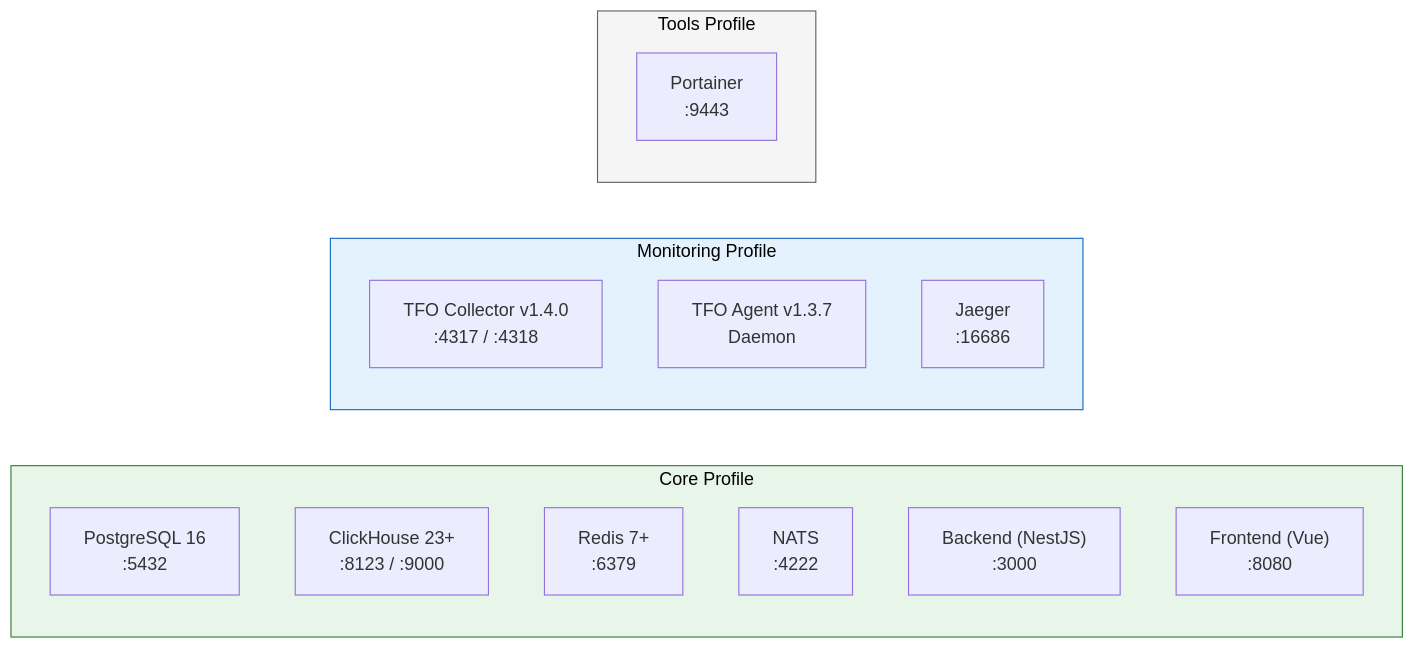
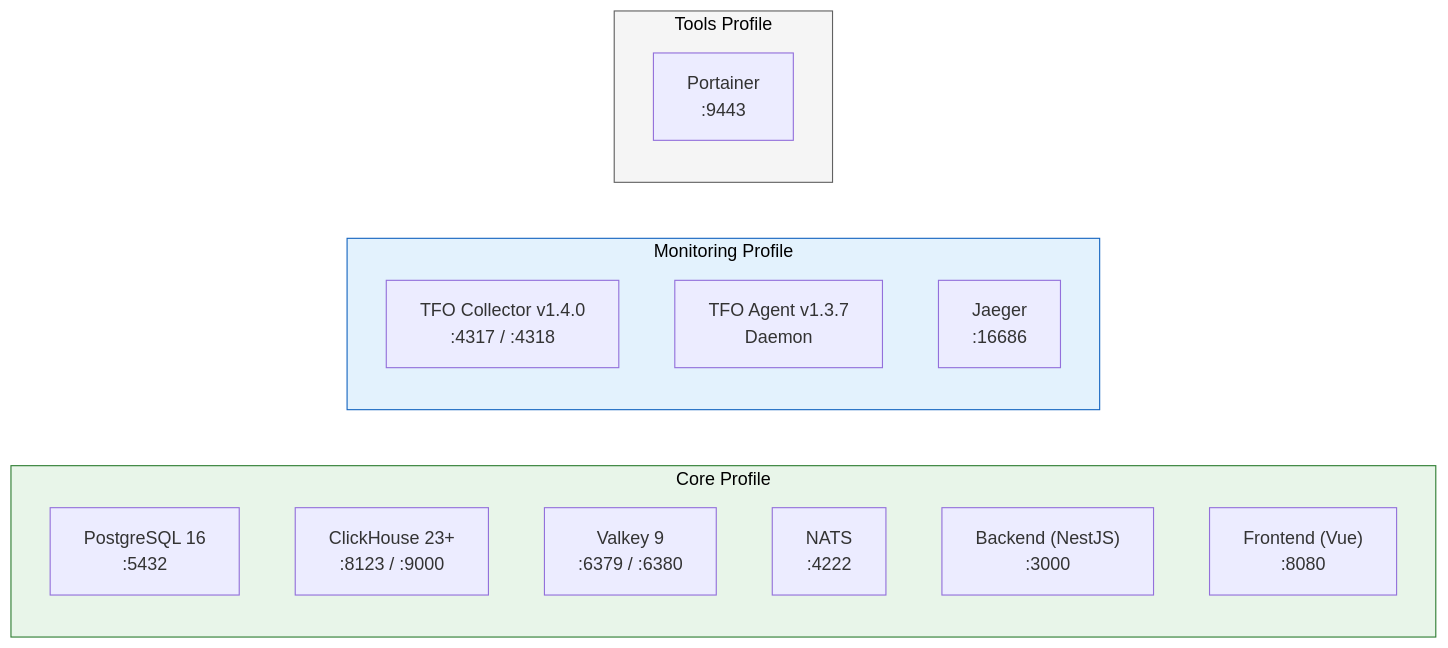
One commit to telemetryflow/.github changed diagram 17 of 18 in profile/README.md. Above: the diagram before and after it, drawn with Mermaid. The commit also changed other lines of this file and 1 other file, not shown here.

First line of the commit message:
docs: add v2.6.0 capabilities (TFO-Sentry, agent deploy/RUM, collector 0.165) + Redis->Valkey

````diff
--- a/profile/README.md
+++ b/profile/README.md
@@ -1145,25 +1152,25 @@
 ```mermaid
 graph LR
     subgraph Core["Core Profile"]
         PG_SVC["PostgreSQL 16<br/>:5432"]
         CH_SVC["ClickHouse 23+<br/>:8123 / :9000"]
-        RD_SVC["Redis 7+<br/>:6379"]
+        RD_SVC["Valkey 9<br/>:6379 / :6380"]
         NT_SVC["NATS<br/>:4222"]
         BE_SVC["Backend (NestJS)<br/>:3000"]
         FE_SVC["Frontend (Vue)<br/>:8080"]
     end
 
     subgraph Mon["Monitoring Profile"]
         COL_SVC["TFO Collector v1.4.0<br/>:4317 / :4318"]
         AGT_SVC["TFO Agent v1.3.7<br/>Daemon"]
         JAEGER["Jaeger<br/>:16686"]
     end
 
     subgraph Tools["Tools Profile"]
         PORTAINER["Portainer<br/>:9443"]
     end
 
     style Core fill:#e8f5e9,stroke:#2e7d32,color:#000
     style Mon fill:#e3f2fd,stroke:#1565c0,color:#000
     style Tools fill:#f5f5f5,stroke:#616161,color:#000
 ```
````
